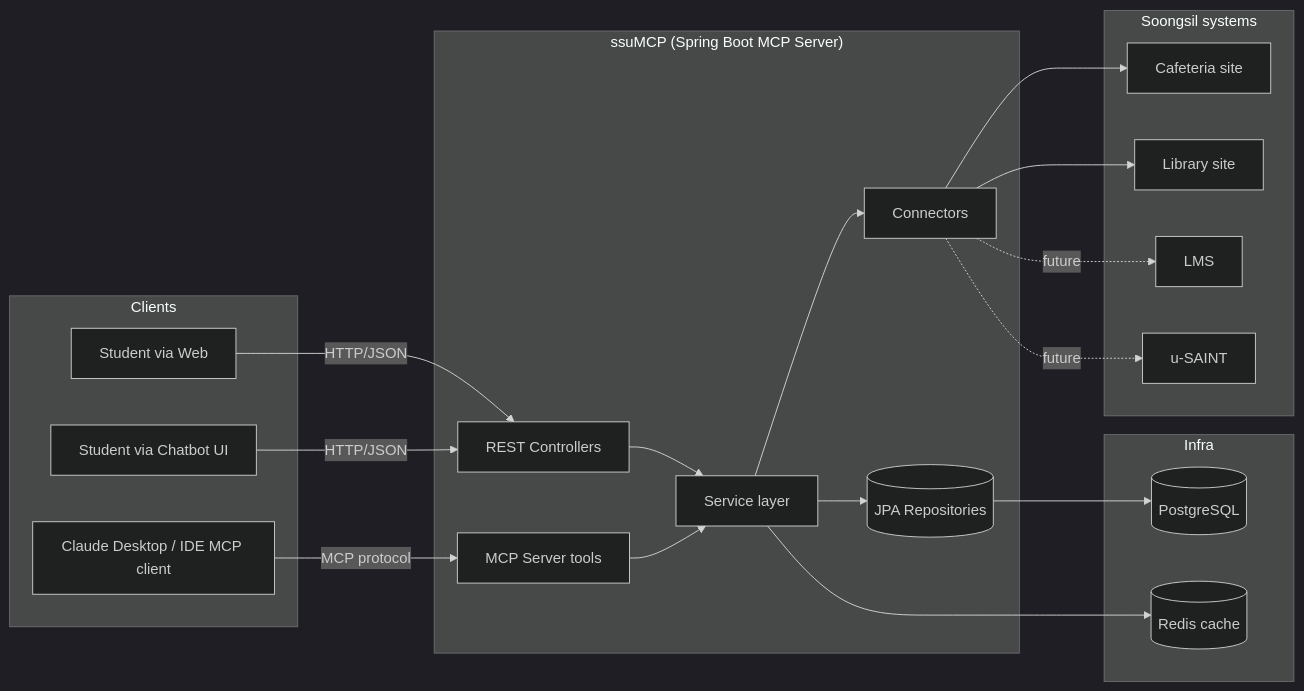
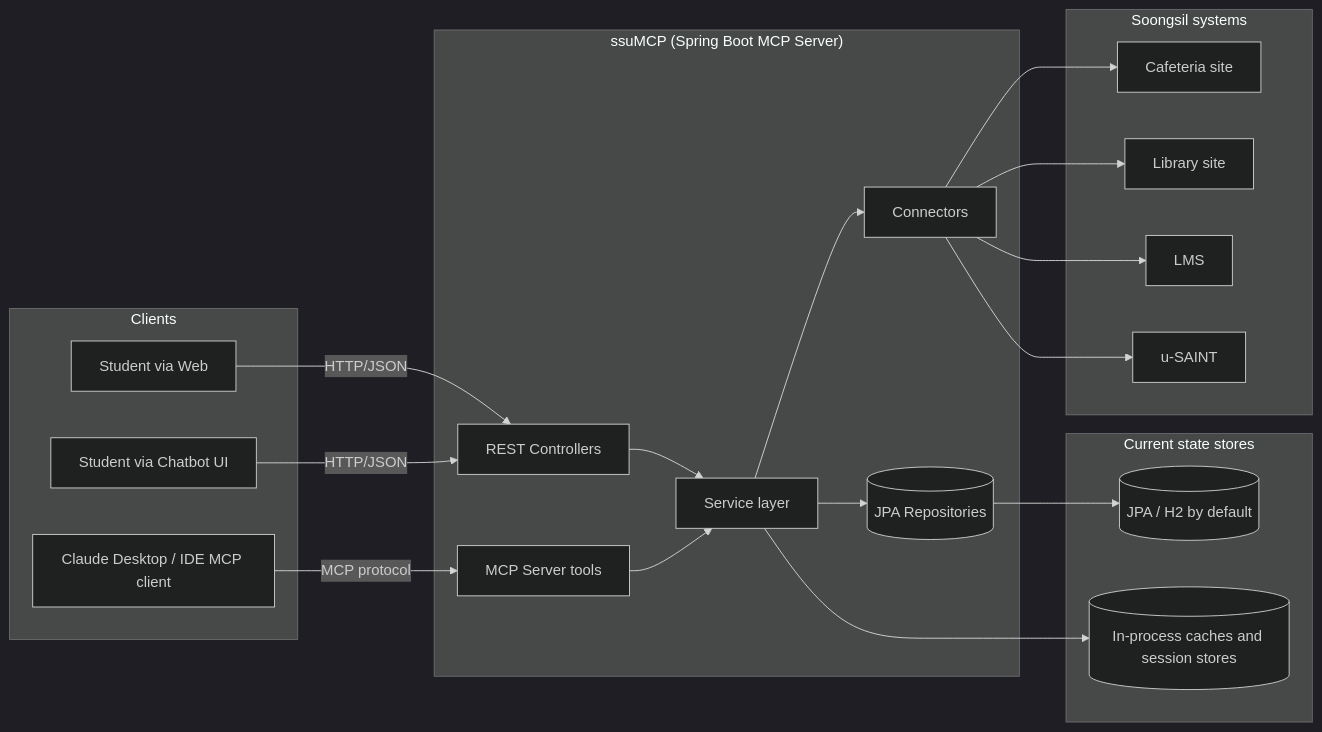
One commit to hoeongj/ssuMCP changed the first of 2 diagrams in docs/architecture.md. Above: the diagram before and after it, drawn with Mermaid (dark theme). The commit also changed other lines of this file and 36 other files, not shown here.

````diff
--- a/docs/architecture.md
+++ b/docs/architecture.md
@@ -24,42 +25,42 @@
 ```mermaid
 flowchart LR
     subgraph Clients
         U1[Student via Web]
         U2[Student via Chatbot UI]
         U3[Claude Desktop / IDE MCP client]
     end
 
     subgraph ssuMCP["ssuMCP (Spring Boot MCP Server)"]
         REST[REST Controllers]
         MCP[MCP Server tools]
         SVC[Service layer]
         REPO[(JPA Repositories)]
         CONN[Connectors]
     end
 
-    subgraph Infra
-        PG[(PostgreSQL)]
-        RD[(Redis cache)]
+    subgraph LocalState["Current state stores"]
+        DB[(JPA / H2 by default)]
+        MEM[(In-process caches and session stores)]
     end
 
     subgraph School["Soongsil systems"]
         MEAL[Cafeteria site]
         LIB[Library site]
         LMS[LMS]
         USAINT[u-SAINT]
     end
 
     U1 -->|HTTP/JSON| REST
     U2 -->|HTTP/JSON| REST
     U3 -->|MCP protocol| MCP
     REST --> SVC
     MCP --> SVC
     SVC --> REPO
     SVC --> CONN
-    REPO --> PG
-    SVC --> RD
+    REPO --> DB
+    SVC --> MEM
     CONN --> MEAL
     CONN --> LIB
-    CONN -.future.-> LMS
-    CONN -.future.-> USAINT
+    CONN --> LMS
+    CONN --> USAINT
 ```
````
